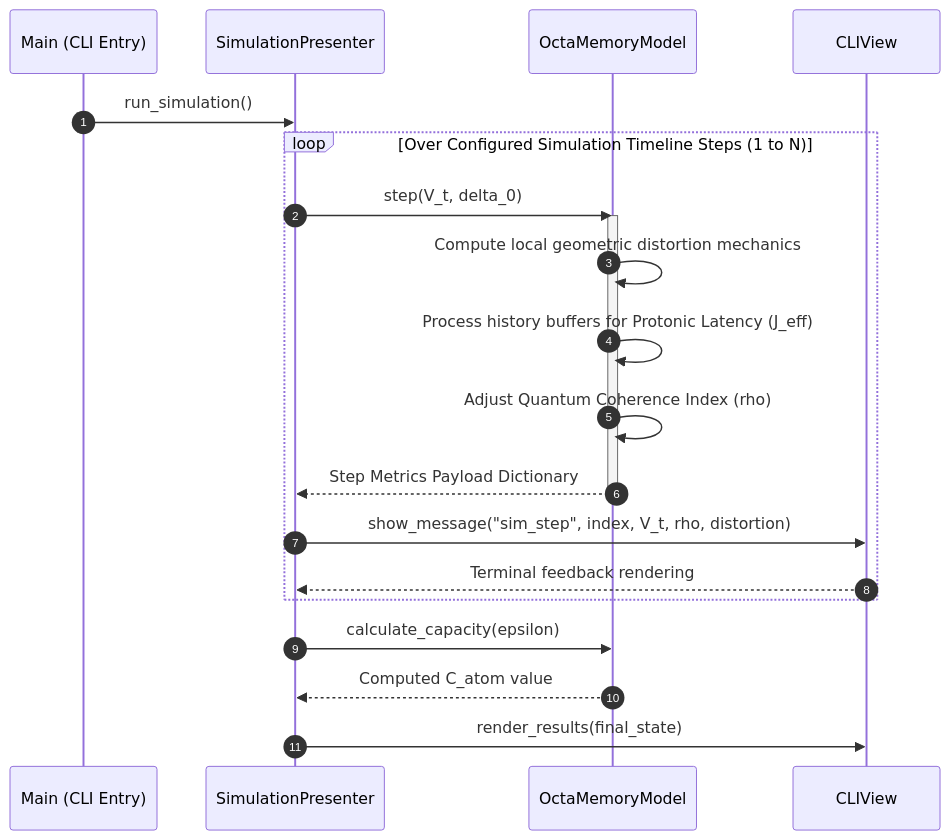
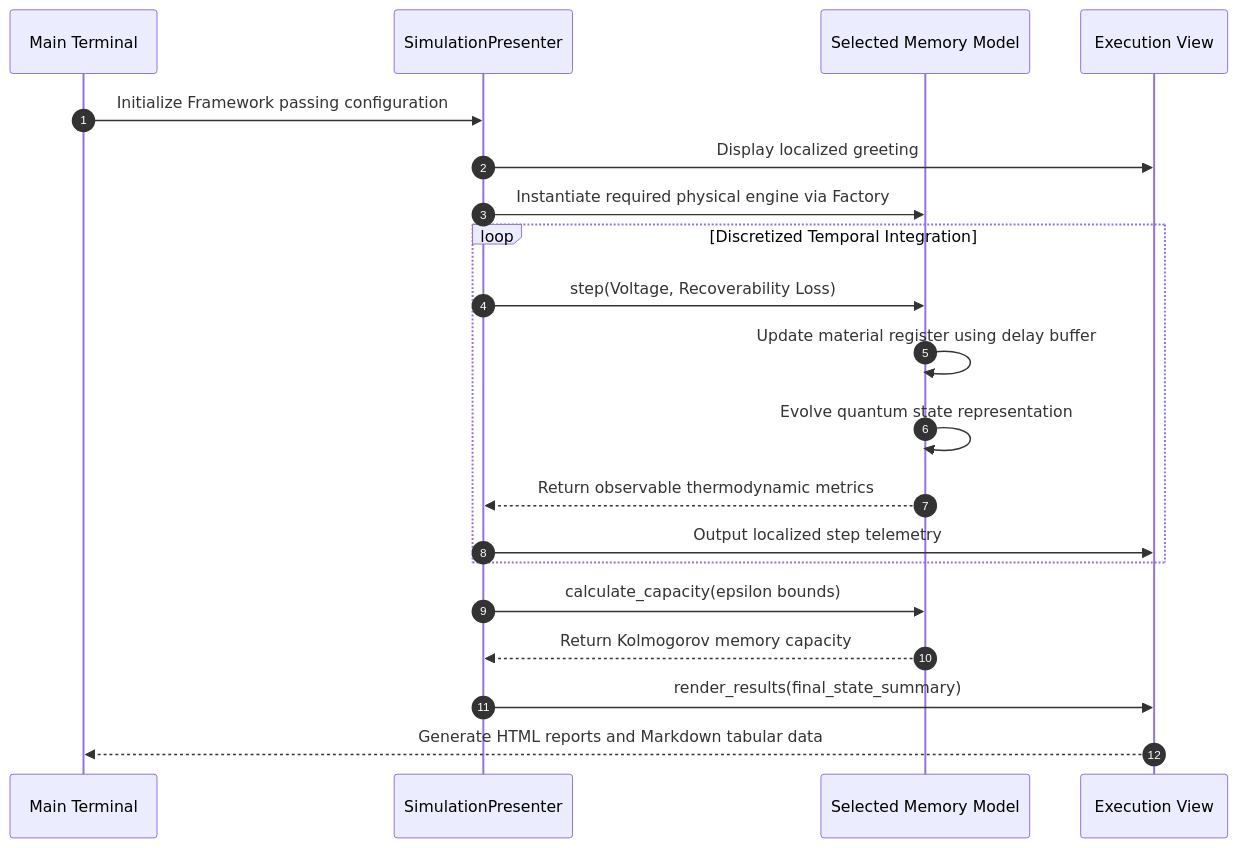
Before and after one commit to QC-UPM/OgTRQC: the third of 3 diagrams in docs/source/software.rst, drawn with Mermaid. The commit also changed other lines of this file and 4 other files, not shown here.

```diff
--- a/docs/source/software.rst
+++ b/docs/source/software.rst
@@ -60,24 +73,22 @@
 .. mermaid::
 
    sequenceDiagram
       autonumber
-      participant M as Main (CLI Entry)
-      participant P as SimulationPresenter
-      participant Mod as OctaMemoryModel
-      participant V as CLIView
-      
-      M->>P: run_simulation()
-      loop Over Configured Simulation Timeline Steps (1 to N)
-          P->>Mod: step(V_t, delta_0)
-          activate Mod
-          Mod->>Mod: Compute local geometric distortion mechanics
-          Mod->>Mod: Process history buffers for Protonic Latency (J_eff)
-          Mod->>Mod: Adjust Quantum Coherence Index (rho)
-          Mod-->>P: Step Metrics Payload Dictionary
-          deactivate Mod
-          P->>V: show_message("sim_step", index, V_t, rho, distortion)
-          V-->>P: Terminal feedback rendering
+      Participant CLI as Main Terminal
+      Participant P as SimulationPresenter
+      Participant M as Selected Memory Model
+      Participant V as Execution View
+      CLI ->> P: Initialize Framework passing configuration
+      P ->> V: Display localized greeting
+      P ->> M: Instantiate required physical engine via Factory
+      loop Discretized Temporal Integration
+          P ->> M: step(Voltage, Recoverability Loss)
+          M ->> M: Update material register using delay buffer
+          M ->> M: Evolve quantum state representation
+          M -->> P: Return observable thermodynamic metrics
+          P ->> V: Output localized step telemetry
       end
-      P->>Mod: calculate_capacity(epsilon)
-      Mod-->>P: Computed C_atom value
-      P->>V: render_results(final_state)
+      P ->> M: calculate_capacity(epsilon bounds)
+      M -->> P: Return Kolmogorov memory capacity
+      P ->> V: render_results(final_state_summary)
+      V -->> CLI: Generate HTML reports and Markdown tabular data
```
